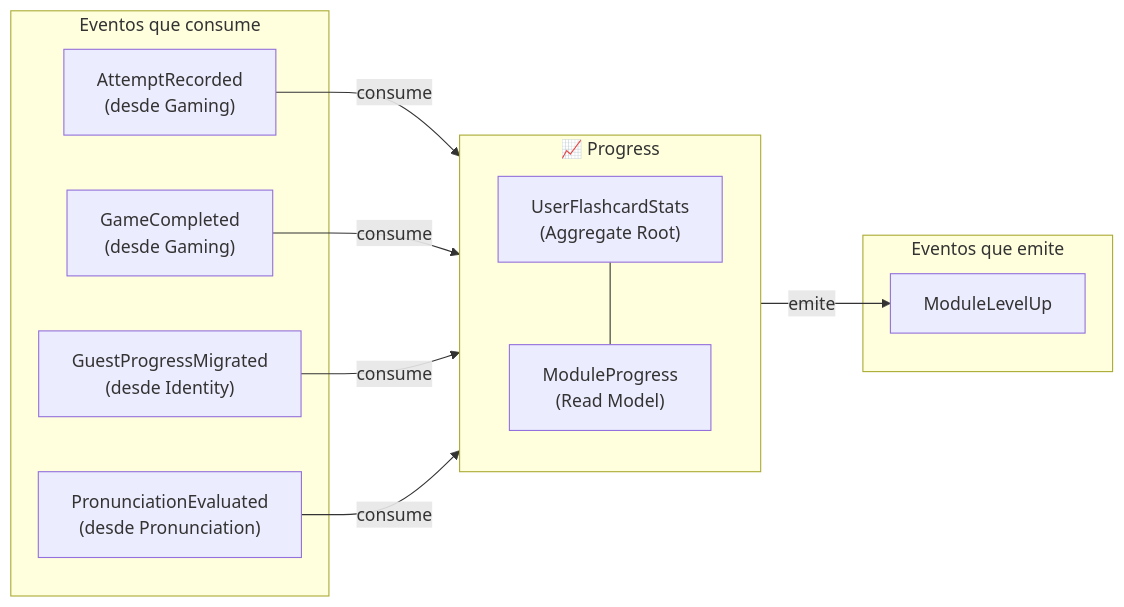
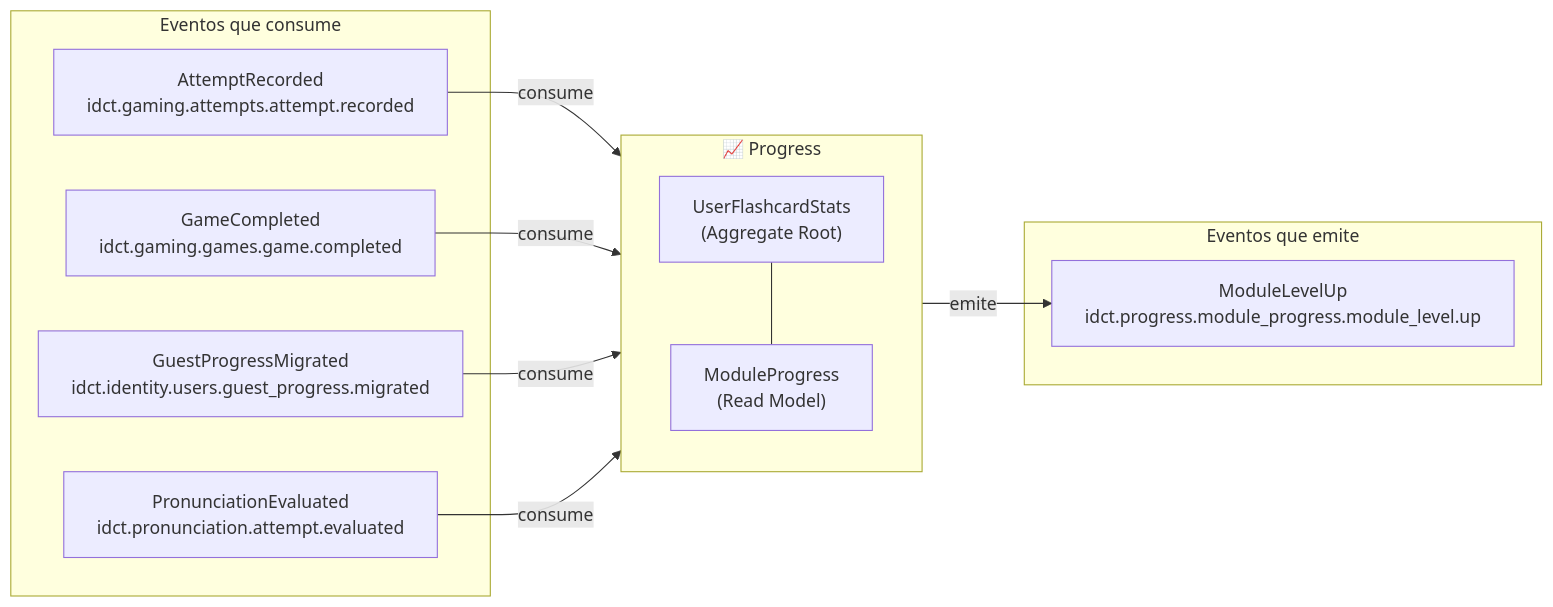
Before and after one commit to AbrahamVilchesDeLaCruz/ididntcatchthat: the fourth of 7 diagrams in docs/domain/bounded-contexts-detail.md, drawn with Mermaid. The commit also changed other lines of this file and 4 other files, not shown here.

Commit message:
docs: update event flow documentation with detailed exchanges and triggers

````diff
--- a/docs/domain/bounded-contexts-detail.md
+++ b/docs/domain/bounded-contexts-detail.md
@@ -127,25 +129,25 @@
 ```mermaid
 graph LR
     subgraph Consumes ["Eventos que consume"]
-        C1["AttemptRecorded\n(desde Gaming)"]
-        C2["GameCompleted\n(desde Gaming)"]
-        C3["GuestProgressMigrated\n(desde Identity)"]
-        C4["PronunciationEvaluated\n(desde Pronunciation)"]
+        C1["AttemptRecorded\nidct.gaming.attempts.attempt.recorded"]
+        C2["GameCompleted\nidct.gaming.games.game.completed"]
+        C3["GuestProgressMigrated\nidct.identity.users.guest_progress.migrated"]
+        C4["PronunciationEvaluated\nidct.pronunciation.attempt.evaluated"]
     end
 
     subgraph Progress ["📈 Progress"]
         UFS["UserFlashcardStats\n(Aggregate Root)"]
         MP["ModuleProgress\n(Read Model)"]
         UFS --- MP
     end
 
     subgraph Emits ["Eventos que emite"]
-        E1["ModuleLevelUp"]
+        E1["ModuleLevelUp\nidct.progress.module_progress.module_level.up"]
     end
 
     C1 -->|consume| Progress
     C2 -->|consume| Progress
     C3 -->|consume| Progress
     C4 -->|consume| Progress
     Progress -->|emite| E1
 ```
````
